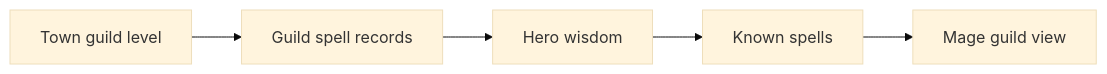
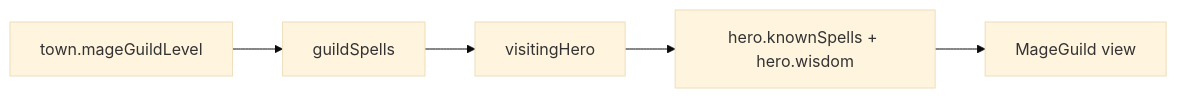
The second of 5 diagrams in docs/architecture/wiki/screens/29-mage-guild/architecture.md (SunaNoOshiro/Heroes_Reforged_AI_Realms), drawn with Mermaid (base theme) before and after one commit. The commit also changed other lines of this file and 518 other files, not shown here.

First line of the commit message:
Add doc-audit skill and sweep architecture/screen docs

````diff
--- a/docs/architecture/wiki/screens/29-mage-guild/architecture.md
+++ b/docs/architecture/wiki/screens/29-mage-guild/architecture.md
@@ -32,8 +37,7 @@
 ```mermaid
 flowchart LR
-  L0["Town guild level"] --> L1
-  L1["Guild spell records"] --> L2
-  L2["Hero wisdom"] --> L3
-  L3["Known spells"] --> L4
-  L4["Mage guild view"]
+  L0["town.mageGuildLevel"] --> L1["guildSpells"]
+  L1 --> L2["visitingHero"]
+  L2 --> L3["hero.knownSpells + hero.wisdom"]
+  L3 --> L4["MageGuild view"]
 ```
````
